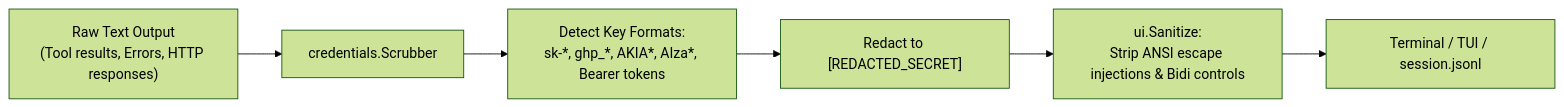
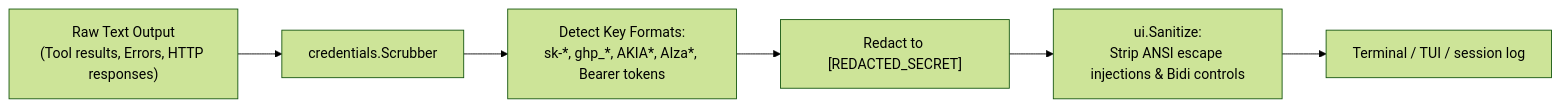
One commit to bharathvbcr/Manvi changed the seventh of 7 diagrams in docs/POLICY_AND_SAFETY.md. Above: the diagram before and after it, drawn with Mermaid (forest theme). The commit also changed 58 other files, not shown here.

````diff
--- a/docs/POLICY_AND_SAFETY.md
+++ b/docs/POLICY_AND_SAFETY.md
@@ -291,8 +291,8 @@
 ```mermaid
 flowchart LR
     Source["Raw Text Output<br/>(Tool results, Errors, HTTP responses)"] --> Scrubber["credentials.Scrubber"]
     Scrubber --> PatternMatch["Detect Key Formats:<br/>sk-*, ghp_*, AKIA*, AIza*, Bearer tokens"]
     PatternMatch --> Redact["Redact to [REDACTED_SECRET]"]
     Redact --> Sanitize["ui.Sanitize:<br/>Strip ANSI escape injections & Bidi controls"]
-    Sanitize --> Sink["Terminal / TUI / session.jsonl"]
+    Sanitize --> Sink["Terminal / TUI / session log"]
 ```
````
